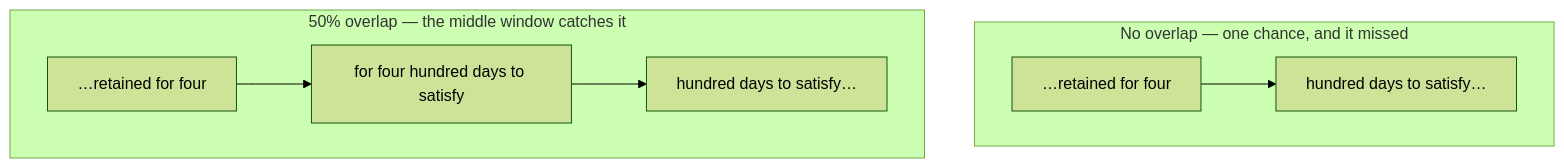
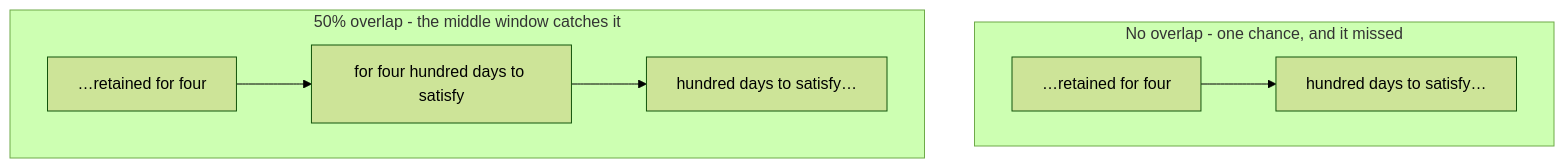
Before and after one commit to danielsousaoliveira/cs-fundamentals: the diagram in src/content/docs/10-ai-engineering/chunking-and-retrieval.mdx, drawn with Mermaid (forest theme). The commit also changed other lines of this file and 139 other files, not shown here.

````diff
--- a/src/content/docs/10-ai-engineering/chunking-and-retrieval.mdx
+++ b/src/content/docs/10-ai-engineering/chunking-and-retrieval.mdx
@@ -88,11 +88,11 @@
 ```mermaid
 flowchart TB
-  subgraph No["No overlap — one chance, and it missed"]
+  subgraph No["No overlap - one chance, and it missed"]
     direction LR
     A1["…retained for four"] --> A2["hundred days to satisfy…"]
   end
-  subgraph With["50% overlap — the middle window catches it"]
+  subgraph With["50% overlap - the middle window catches it"]
     direction LR
     B1["…retained for four"] --> B2["for four hundred days to satisfy"] --> B3["hundred days to satisfy…"]
   end
 ```
````
